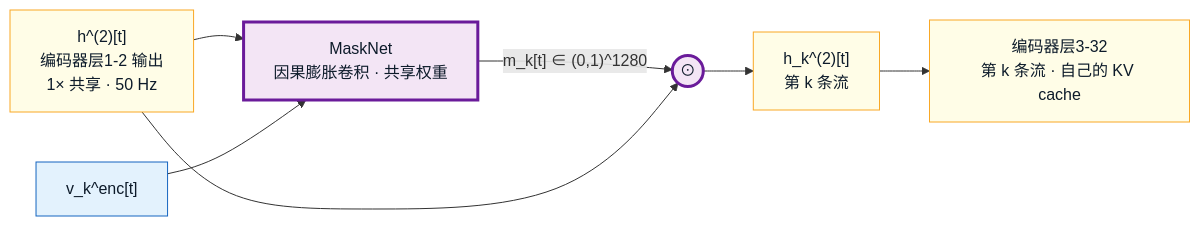
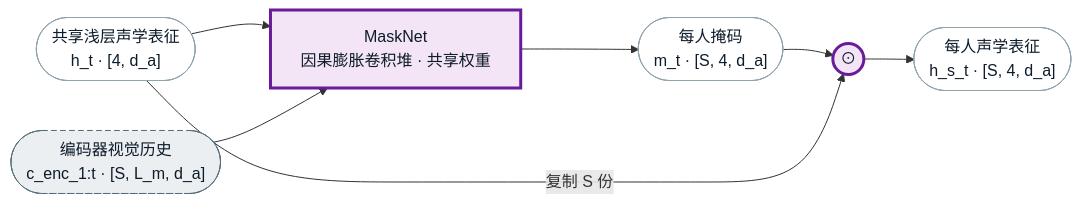
Before and after one commit to yutian929/SemanticVAD: the fourth of 5 diagrams in AV-SemanticVAD/docs/plan/architecture.md, drawn with Mermaid. The commit also changed other lines of this file and 1 other file, not shown here.

````diff
--- a/AV-SemanticVAD/docs/plan/architecture.md
+++ b/AV-SemanticVAD/docs/plan/architecture.md
@@ -271,18 +316,18 @@
 ```mermaid
 flowchart LR
-    classDef aud  fill:#fffde7,stroke:#f9a825,color:#0d1b2a;
-    classDef vis  fill:#e3f2fd,stroke:#1565c0,color:#0d1b2a;
+    classDef var fill:#ffffff,stroke:#90a4ae,color:#0d1b2a;
+    classDef cache fill:#eceff1,stroke:#546e7a,color:#0d1b2a,stroke-dasharray:5 4;
     classDef star fill:#f3e5f5,stroke:#6a1b9a,color:#0d1b2a,stroke-width:3px;
 
-    H2["h^(2)[t]<br/>编码器层1-2 输出<br/>1× 共享 · 50 Hz"]:::aud
-    VE["v_k^enc[t]"]:::vis
-    MN["MaskNet<br/>因果膨胀卷积 · 共享权重"]:::star
+    H(["共享浅层声学表征<br/>h_t · [4, d_a]"]):::var
+    CE(["编码器视觉历史<br/>c_enc_1:t · [S, L_m, d_a]"]):::cache
+    MN["MaskNet<br/>因果膨胀卷积堆 · 共享权重"]:::star
+    M(["每人掩码<br/>m_t · [S, 4, d_a]"]):::var
     MUL(("⊙")):::star
-    HK["h_k^(2)[t]<br/>第 k 条流"]:::aud
-    E332["编码器层3-32<br/>第 k 条流 · 自己的 KV cache"]:::aud
+    HS(["每人声学表征<br/>h_s_t · [S, 4, d_a]"]):::var
 
-    H2 --> MN
-    VE --> MN
-    MN -->|"m_k[t] ∈ (0,1)^1280"| MUL
-    H2 --> MUL --> HK --> E332
+    H --> MN
+    CE --> MN
+    MN --> M --> MUL
+    H -->|"复制 S 份"| MUL --> HS
 ```
````
